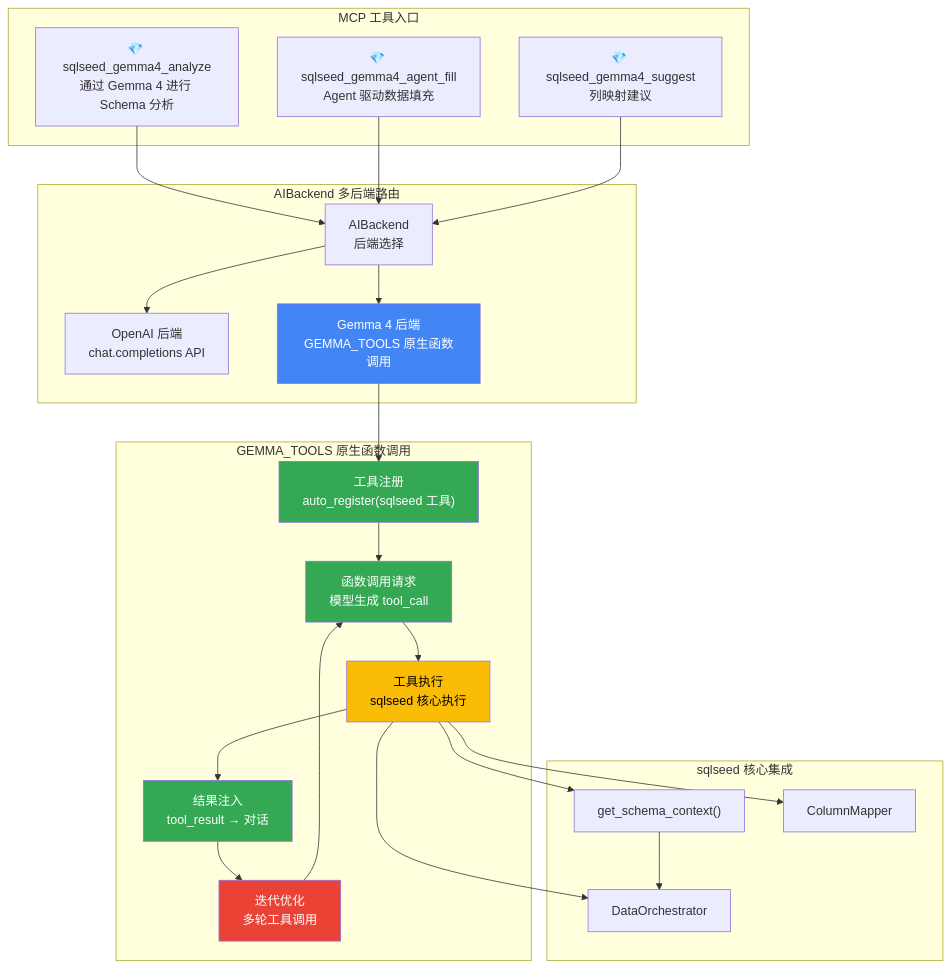
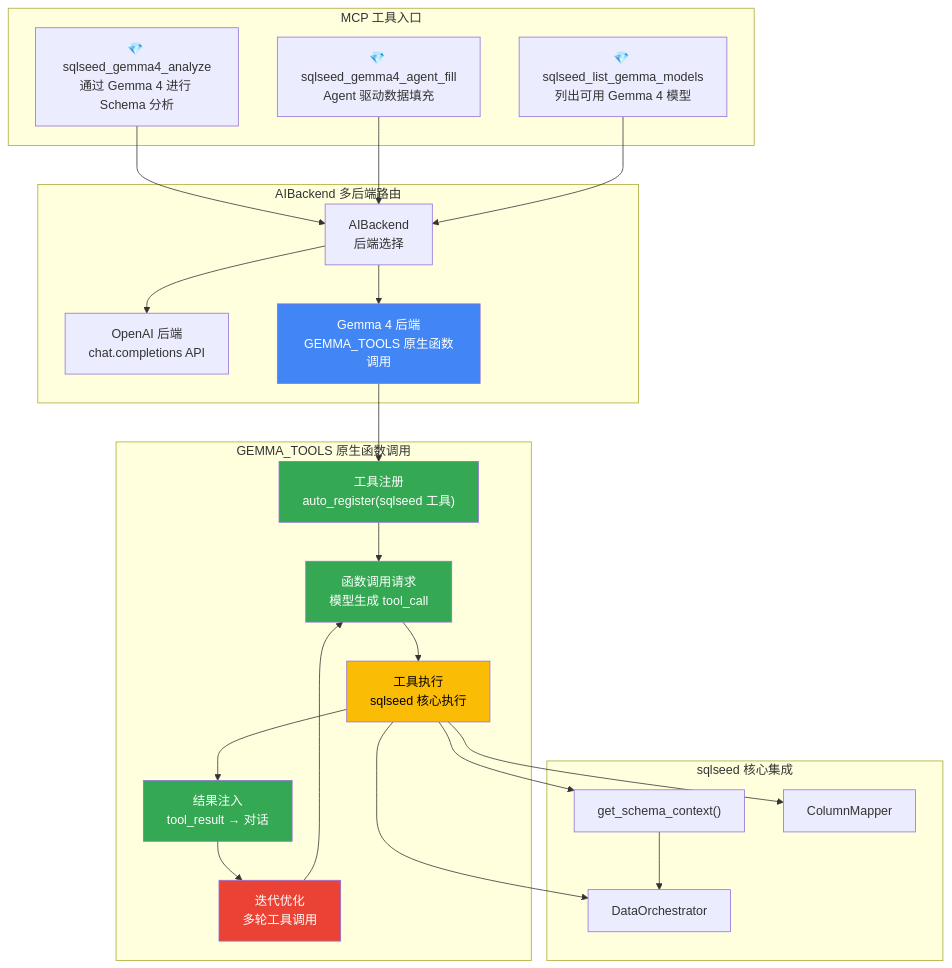
Diagram 11 of 11 in docs/architecture.zh-CN.md (sunbos/sqlseed), drawn with Mermaid before and after one commit. The commit also changed other lines of this file and 6 other files, not shown here.

````diff
--- a/docs/architecture.zh-CN.md
+++ b/docs/architecture.zh-CN.md
@@ -675,55 +676,55 @@
 ```mermaid
 flowchart TB
     subgraph MCPEntry["MCP 工具入口"]
         G4Analyze["💎 sqlseed_gemma4_analyze<br/>通过 Gemma 4 进行 Schema 分析"]
         G4AgentFill["💎 sqlseed_gemma4_agent_fill<br/>Agent 驱动数据填充"]
-        G4Suggest["💎 sqlseed_gemma4_suggest<br/>列映射建议"]
+        G4List["💎 sqlseed_list_gemma_models<br/>列出可用 Gemma 4 模型"]
     end
 
     subgraph Backend["AIBackend 多后端路由"]
         Router["AIBackend<br/>后端选择"]
         OpenAIBe["OpenAI 后端<br/>chat.completions API"]
         GemmaBe["Gemma 4 后端<br/>GEMMA_TOOLS 原生函数调用"]
     end
 
     subgraph GemmaFC["GEMMA_TOOLS 原生函数调用"]
         ToolReg["工具注册<br/>auto_register(sqlseed 工具)"]
         FCRequest["函数调用请求<br/>模型生成 tool_call"]
         FCExec["工具执行<br/>sqlseed 核心执行"]
         FCResult["结果注入<br/>tool_result → 对话"]
         FCIterate["迭代优化<br/>多轮工具调用"]
     end
 
     subgraph Core["sqlseed 核心集成"]
         SchemaCtx["get_schema_context()"]
         Orchestrator["DataOrchestrator"]
         Mapper["ColumnMapper"]
     end
 
     G4Analyze --> Router
     G4AgentFill --> Router
-    G4Suggest --> Router
+    G4List --> Router
 
     Router --> OpenAIBe
     Router --> GemmaBe
 
     GemmaBe --> ToolReg
     ToolReg --> FCRequest
     FCRequest --> FCExec
     FCExec --> FCResult
     FCResult --> FCIterate
     FCIterate --> FCRequest
 
     FCExec --> SchemaCtx
     FCExec --> Orchestrator
     FCExec --> Mapper
 
     SchemaCtx --> Orchestrator
 
     style GemmaBe fill:#4285F4,color:#fff
     style ToolReg fill:#34A853,color:#fff
     style FCRequest fill:#34A853,color:#fff
     style FCExec fill:#FBBC05,color:#000
     style FCResult fill:#34A853,color:#fff
     style FCIterate fill:#EA4335,color:#fff
 ```
````
